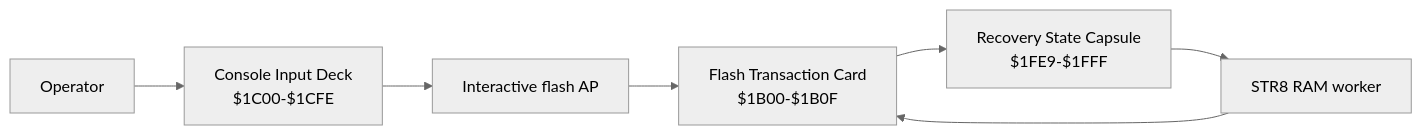
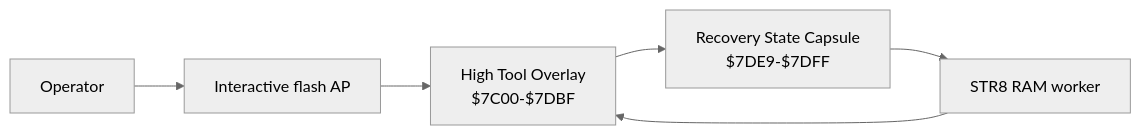
One commit to 95westus/R-YORS changed the fourth of 6 diagrams in DOC/GENERATED/CONTROL_DECK_MAP.md. Above: the diagram before and after it, drawn with Mermaid (neutral theme). The commit also changed other lines of this file and 58 other files, not shown here.

````diff
--- a/DOC/GENERATED/CONTROL_DECK_MAP.md
+++ b/DOC/GENERATED/CONTROL_DECK_MAP.md
@@ -74,9 +75,8 @@
 ```mermaid
 flowchart LR
-    OP["Operator"] --> CID["Console Input Deck<br/>$1C00-$1CFE"]
-    CID --> AP["Interactive flash AP"]
-    AP --> FTC["Flash Transaction Card<br/>$1B00-$1B0F"]
-    FTC --> RSC["Recovery State Capsule<br/>$1FE9-$1FFF"]
+    OP["Operator"] --> AP["Interactive flash AP"]
+    AP --> HTO["High Tool Overlay<br/>$7C00-$7DBF"]
+    HTO --> RSC["Recovery State Capsule<br/>$7DE9-$7DFF"]
     RSC --> W["STR8 RAM worker"]
-    W --> FTC
+    W --> HTO
 ```
````
